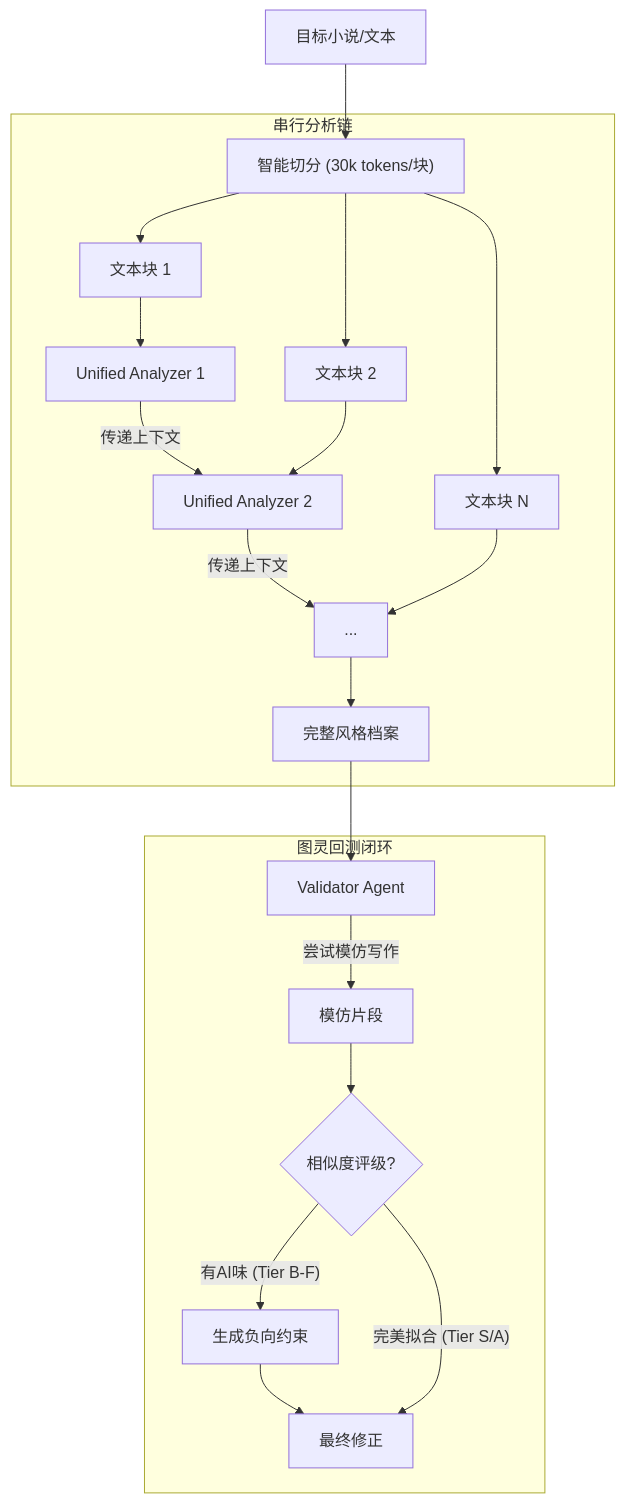
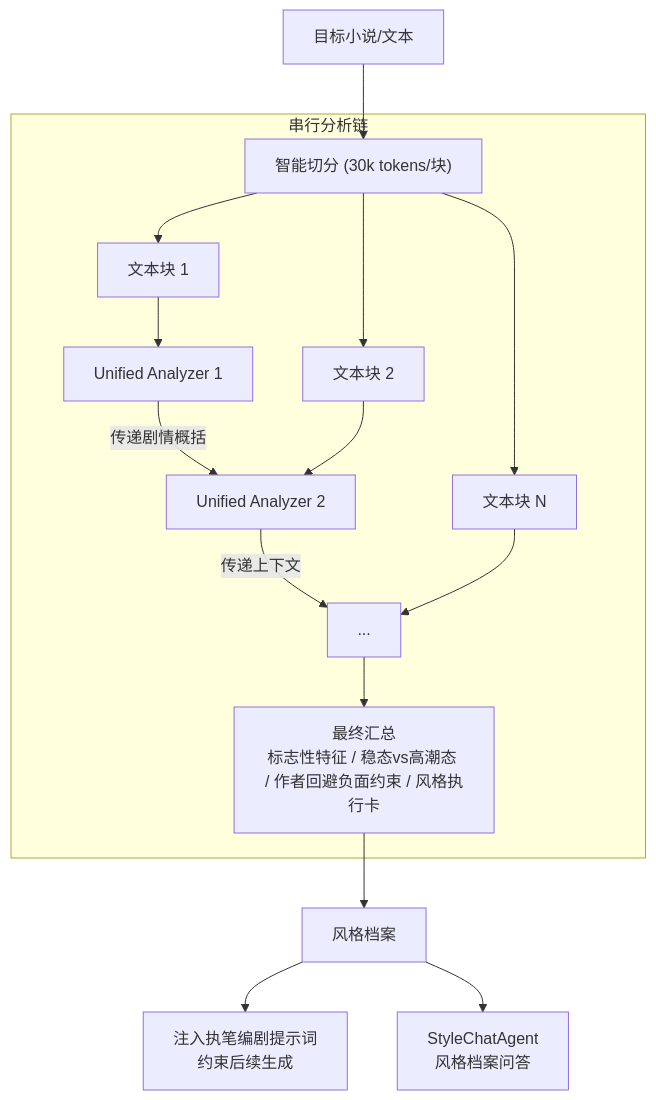
Before and after one commit to letmeow/spark-arc-studio: the third of 5 diagrams in README.md, drawn with Mermaid. The commit also changed other lines of this file and 14 other files, not shown here.

Commit message:
🛠️修复：架构文档与注册表注释中的国际化解析函数与流式事件路径引用失效问题 ♻️重构：移动端工作流步骤导航，由底部横排通栏重构为右侧垂直极简悬浮导轨并精简标签文字 ⏫优化：移动端步骤卡片纵向空间利用率，配合导航侧移缩减卡片底部预留安全衬距 ⏫优化：四语主文档工程全貌与功能演进，同步多智能体自主流水线定位及最新交付资产特性 ⏫优化：风格克隆与故事图谱技术文档，校准统一串行分析工作流与智能体工具绑定现状 ⏫优化：法律合规索引与多平台部署说明，补全韩语服务条款条目并理清流水线移植指引 ⏫优化：版本管理忽略规则，将视频渲染输出目录追加至本地忽略配置清单

````diff
--- a/README.md
+++ b/README.md
@@ -499,29 +508,22 @@
 ```mermaid
 graph TD
     Input[目标小说/文本] --> Chunker["智能切分 (30k tokens/块)"]
-    
+
     subgraph "串行分析链"
         Chunker --> Block1[文本块 1]
         Block1 --> Analyzer1[Unified Analyzer 1]
-        Analyzer1 -- "传递上下文" --> Analyzer2[Unified Analyzer 2]
-        
+        Analyzer1 -- "传递剧情概括" --> Analyzer2[Unified Analyzer 2]
+
         Chunker --> Block2[文本块 2]
         Block2 --> Analyzer2
         Analyzer2 -- "传递上下文" --> AnalyzerN[...]
-        
+
         Chunker --> BlockN[文本块 N]
         BlockN --> AnalyzerN
-        AnalyzerN --> FinalProfile[完整风格档案]
+        AnalyzerN --> Synthesis["最终汇总<br/>标志性特征 / 稳态vs高潮态 / 作者回避负面约束 / 风格执行卡"]
     end
-    
-    subgraph "图灵回测闭环"
-        FinalProfile --> Validator[Validator Agent]
-        Validator -- "尝试模仿写作" --> MimicText[模仿片段]
-        MimicText --> Evaluator{相似度评级?}
-        
-        Evaluator -- "有AI味 (Tier B-F)" --> Refine[生成负向约束]
-        Refine --> Finalizer[最终修正]
-        
-        Evaluator -- "完美拟合 (Tier S/A)" --> Finalizer
-    end
+
+    Synthesis --> FinalProfile[风格档案]
+    FinalProfile --> Injection["注入执笔编剧提示词<br/>约束后续生成"]
+    FinalProfile --> StyleChat["StyleChatAgent<br/>风格档案问答"]
 ```
````
